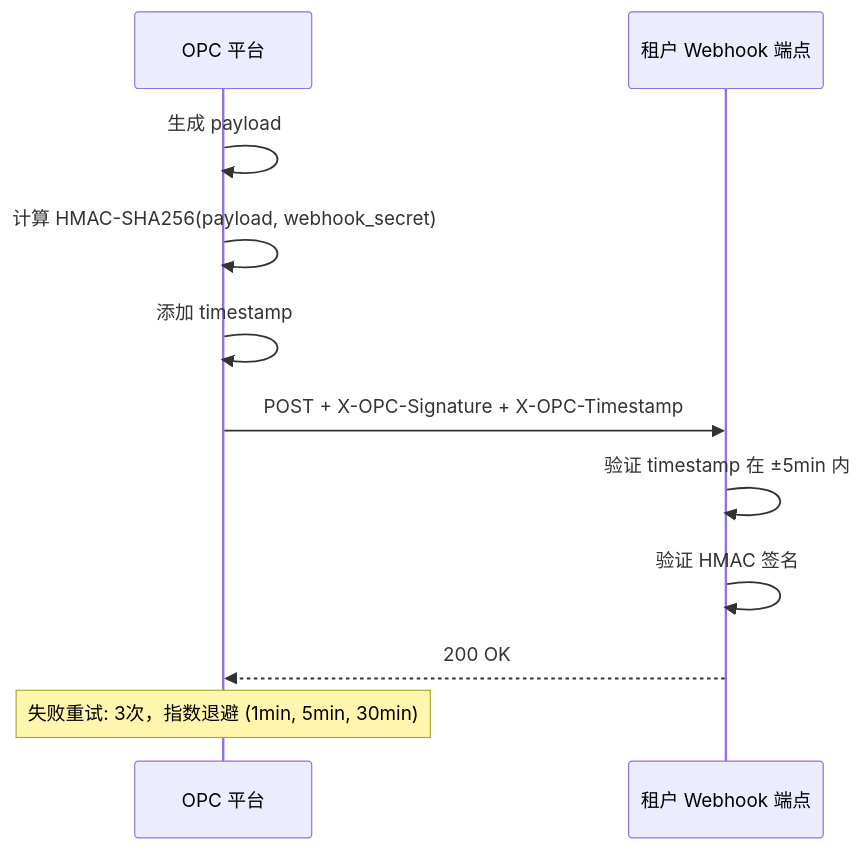
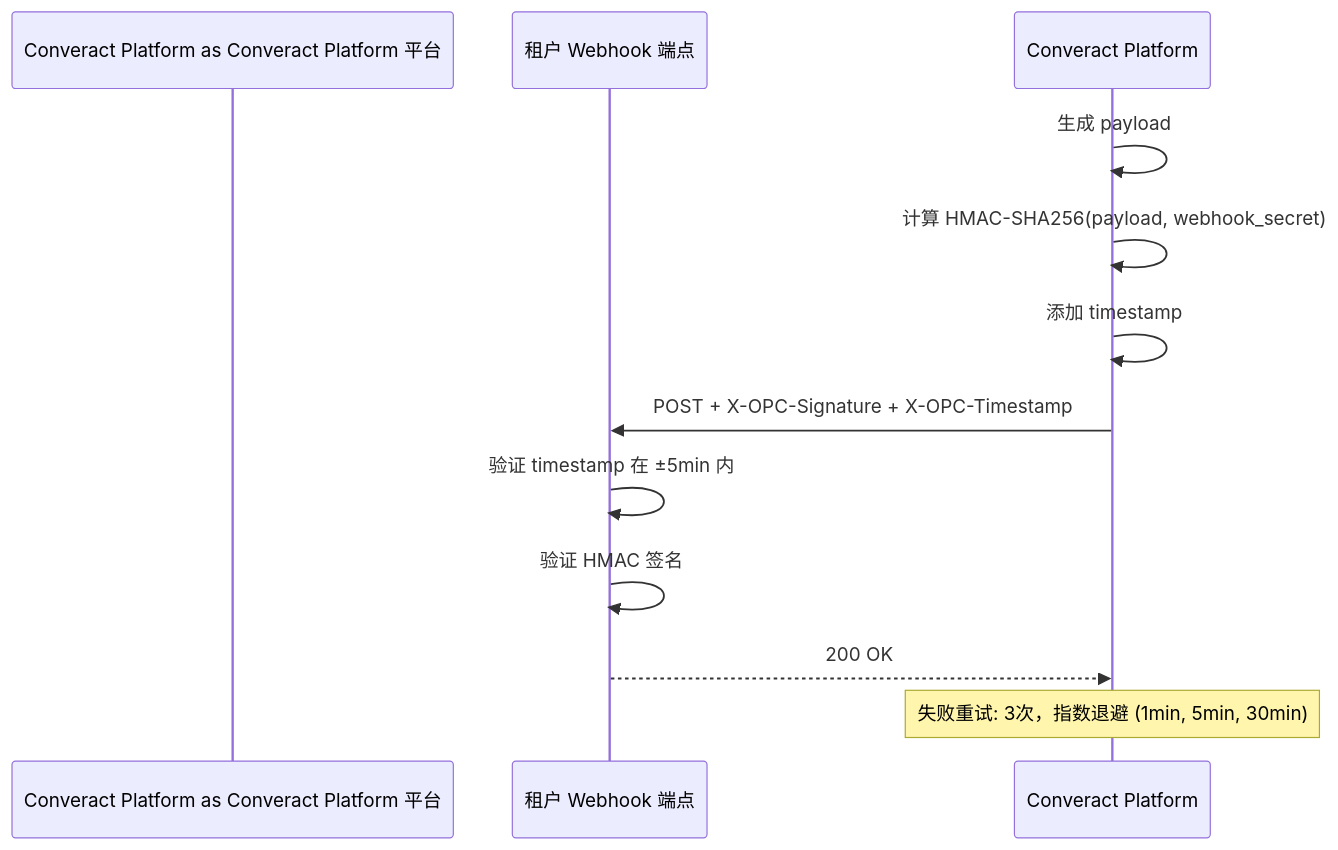
One commit to songgoldenwind-crypto/converact-platform changed the eighth of 11 diagrams in docs/design/security-design.md. Above: the diagram before and after it, drawn with Mermaid. The commit also changed other lines of this file and 1807 other files, not shown here.

````diff
--- a/docs/design/security-design.md
+++ b/docs/design/security-design.md
@@ -605,15 +605,15 @@
 ```mermaid
 sequenceDiagram
-    participant OPC as OPC 平台
+    participant Converact Platform as Converact Platform 平台
     participant Target as 租户 Webhook 端点
 
-    OPC->>OPC: 生成 payload
-    OPC->>OPC: 计算 HMAC-SHA256(payload, webhook_secret)
-    OPC->>OPC: 添加 timestamp
-    OPC->>Target: POST + X-OPC-Signature + X-OPC-Timestamp
+    Converact Platform->>Converact Platform: 生成 payload
+    Converact Platform->>Converact Platform: 计算 HMAC-SHA256(payload, webhook_secret)
+    Converact Platform->>Converact Platform: 添加 timestamp
+    Converact Platform->>Target: POST + X-OPC-Signature + X-OPC-Timestamp
     Target->>Target: 验证 timestamp 在 ±5min 内
     Target->>Target: 验证 HMAC 签名
-    Target-->>OPC: 200 OK
+    Target-->>Converact Platform: 200 OK
     
-    Note over OPC: 失败重试: 3次，指数退避 (1min, 5min, 30min)
+    Note over Converact Platform: 失败重试: 3次，指数退避 (1min, 5min, 30min)
 ```
````
